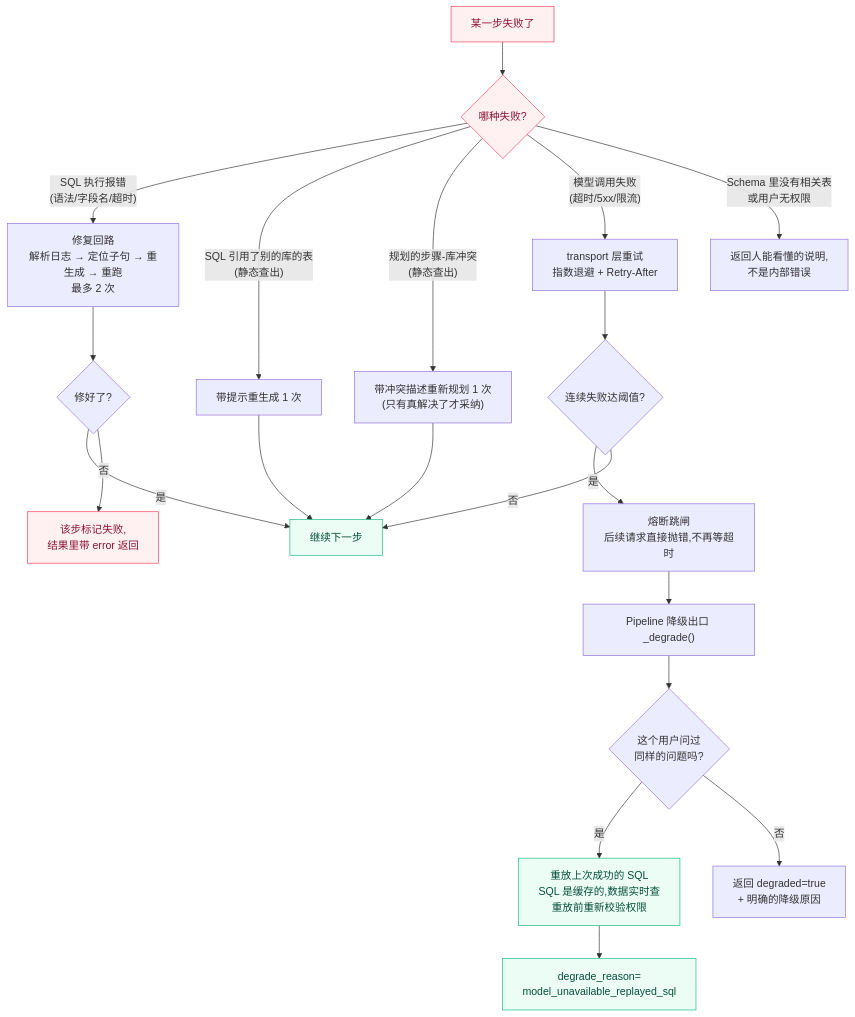
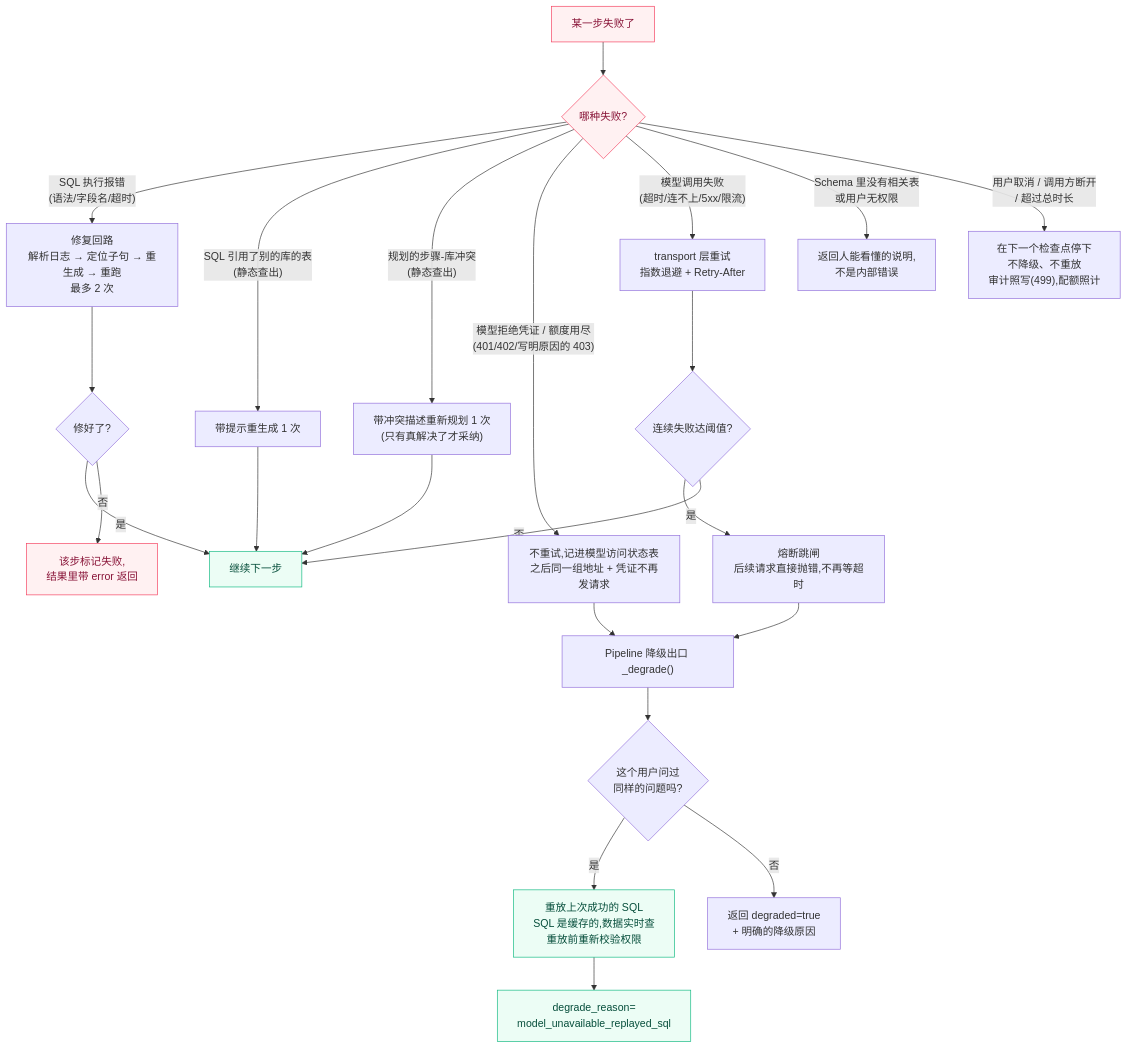
One commit to heyemlee/ai-sql-agent changed the sixth of 6 diagrams in docs/walkthrough.zh-CN.md. Above: the diagram before and after it, drawn with Mermaid. The commit also changed other lines of this file, not shown here.

````diff
--- a/docs/walkthrough.zh-CN.md
+++ b/docs/walkthrough.zh-CN.md
@@ -1704,32 +2136,37 @@
 ```mermaid
 flowchart TD
     S["某一步失败了"] --> T{"哪种失败?"}
 
     T -->|"SQL 执行报错<br/>(语法/字段名/超时)"| R1["修复回路<br/>解析日志 → 定位子句 → 重生成 → 重跑<br/>最多 2 次"]
     R1 --> R2{"修好了?"}
     R2 -->|是| OK["继续下一步"]
     R2 -->|否| FAIL["该步标记失败,<br/>结果里带 error 返回"]
 
     T -->|"SQL 引用了别的库的表<br/>(静态查出)"| C1["带提示重生成 1 次"]
     C1 --> OK
 
     T -->|"规划的步骤-库冲突<br/>(静态查出)"| P1["带冲突描述重新规划 1 次<br/>(只有真解决了才采纳)"]
     P1 --> OK
 
-    T -->|"模型调用失败<br/>(超时/5xx/限流)"| M1["transport 层重试<br/>指数退避 + Retry-After"]
+    T -->|"模型拒绝凭证 / 额度用尽<br/>(401/402/写明原因的 403)"| K1["不重试,记进模型访问状态表<br/>之后同一组地址 + 凭证不再发请求"]
+    K1 --> D1
+
+    T -->|"模型调用失败<br/>(超时/连不上/5xx/限流)"| M1["transport 层重试<br/>指数退避 + Retry-After"]
     M1 --> M2{"连续失败达阈值?"}
     M2 -->|是| M3["熔断跳闸<br/>后续请求直接抛错,不再等超时"]
     M2 -->|否| OK
     M3 --> D1["Pipeline 降级出口 _degrade()"]
     D1 --> D2{"这个用户问过<br/>同样的问题吗?"}
     D2 -->|是| D3["重放上次成功的 SQL<br/>SQL 是缓存的,数据实时查<br/>重放前重新校验权限"]
     D2 -->|否| D4["返回 degraded=true<br/>+ 明确的降级原因"]
     D3 --> D5["degrade_reason=<br/>model_unavailable_replayed_sql"]
 
     T -->|"Schema 里没有相关表<br/>或用户无权限"| SI["返回人能看懂的说明,<br/>不是内部错误"]
 
+    T -->|"用户取消 / 调用方断开<br/>/ 超过总时长"| X1["在下一个检查点停下<br/>不降级、不重放<br/>审计照写(499),配额照计"]
+
     classDef f fill:#FFF1F2,stroke:#F43F5E,color:#881337;
     classDef g fill:#ECFDF5,stroke:#10B981,color:#064E3B;
     class S,T,FAIL f;
     class OK,D3,D5 g;
 ```
````
